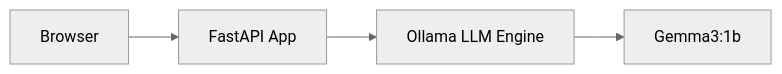
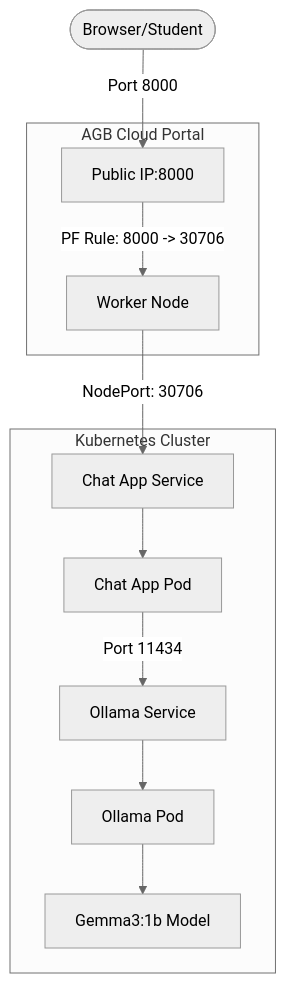
One commit to kaungmyatsoe/mmnogworkshop changed the diagram in SLIDES.md. Above: the diagram before and after it, drawn with Mermaid (neutral theme). The commit also changed other lines of this file, not shown here.

Commit message:
Expand SLIDES.md with technical architecture, scaling, and networking details

````diff
--- a/SLIDES.md
+++ b/SLIDES.md
@@ -24,6 +26,14 @@
 ```mermaid
-graph LR
-    User[Browser] --> App[FastAPI App]
-    App --> Ollama[Ollama LLM Engine]
-    Ollama --> Model[Gemma3:1b]
+graph TD
+    User([Browser/Student]) -- "Port 8000" --> PublicIP[Public IP:8000]
+    subgraph AGB Cloud Portal
+        PublicIP -- "PF Rule: 8000 -> 30706" --> K8sNode
+    end
+    subgraph Kubernetes Cluster
+        K8sNode[Worker Node] -- "NodePort: 30706" --> ChatSvc[Chat App Service]
+        ChatSvc --> ChatPod[Chat App Pod]
+        ChatPod -- "Port 11434" --> OllamaSvc[Ollama Service]
+        OllamaSvc --> OllamaPod[Ollama Pod]
+        OllamaPod --> Gemma[Gemma3:1b Model]
+    end
 ```
````
